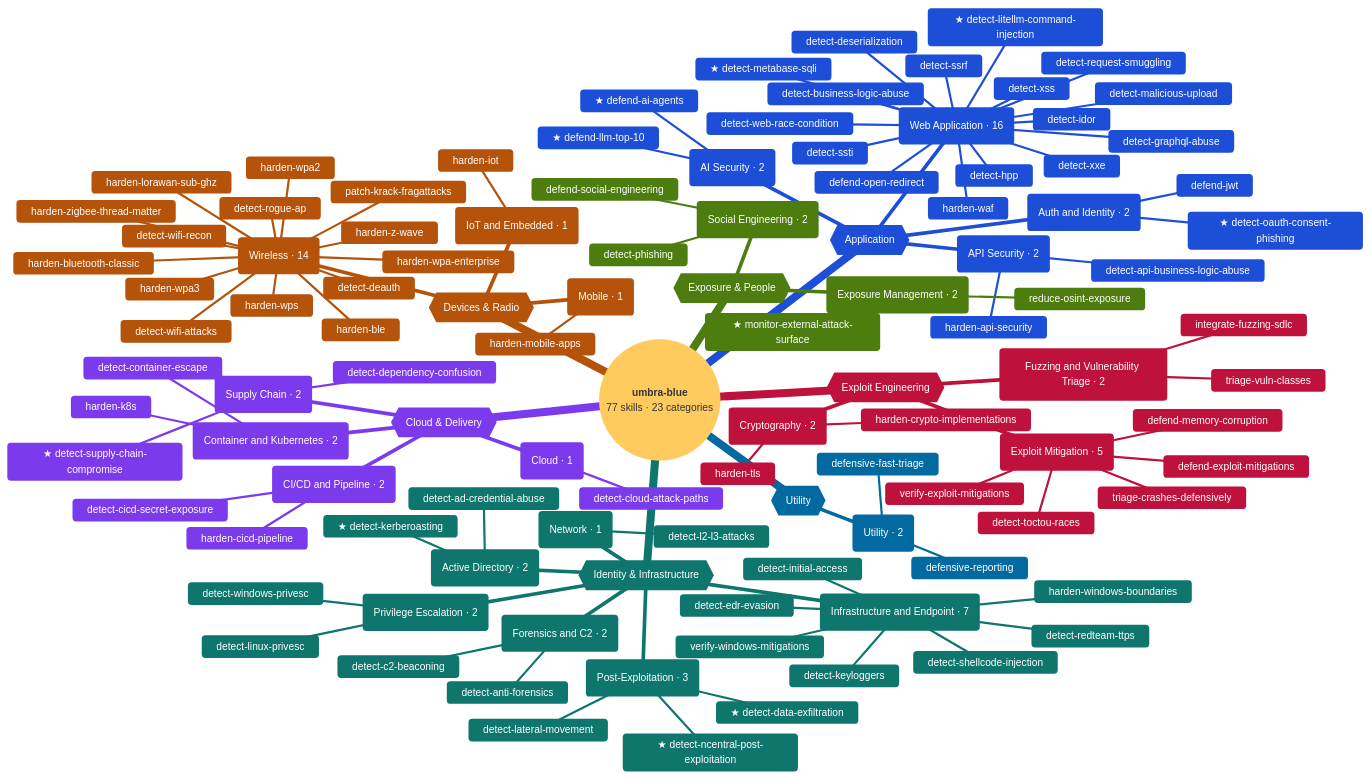
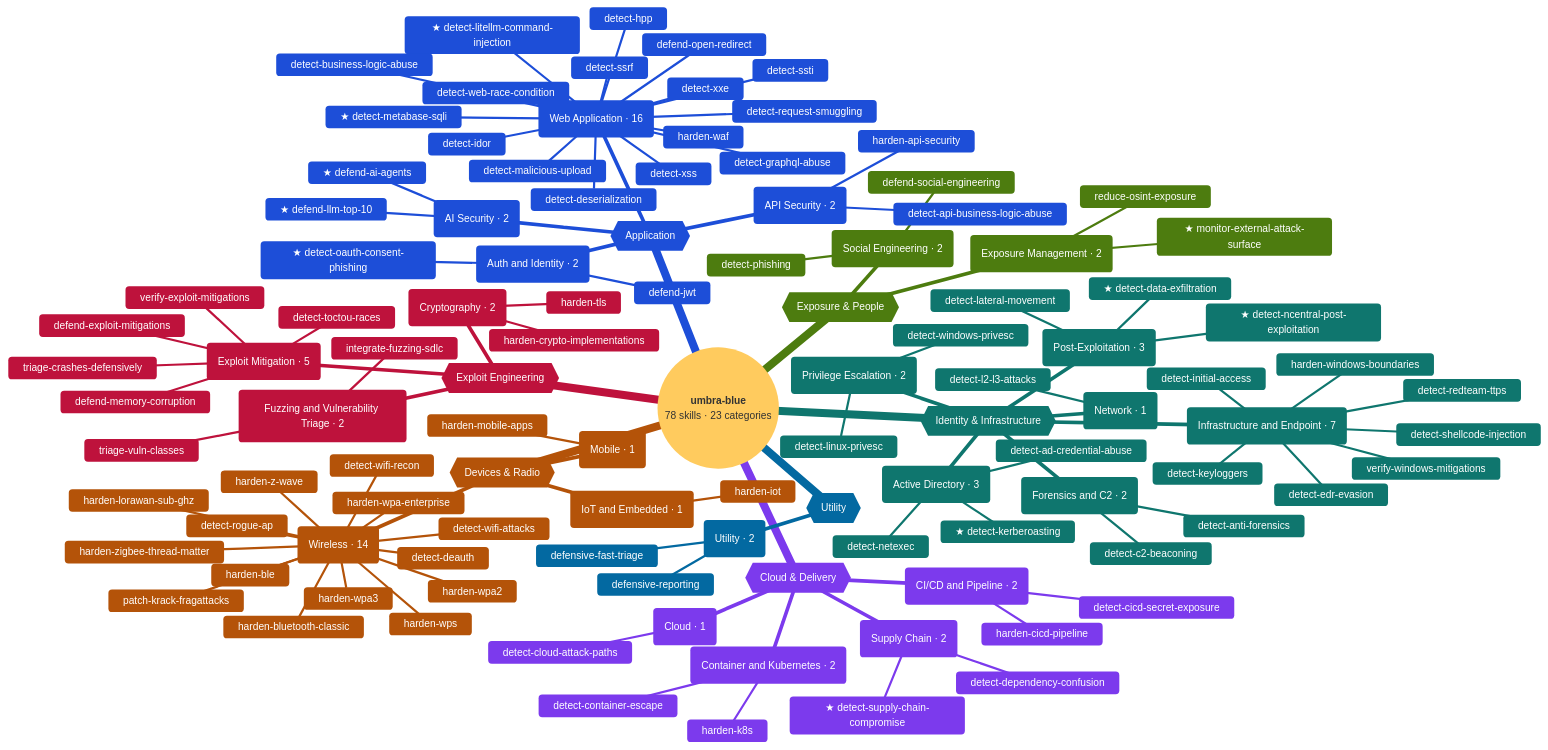
The diagram in MINDMAP.md (umbrasec-labs/umbra-blue), drawn with Mermaid before and after one commit. The commit also changed other lines of this file and 8 other files, not shown here.

First line of the commit message:
Add detect-netexec, the last claude-red gap (#20)

```diff
--- a/MINDMAP.md
+++ b/MINDMAP.md
@@ -26,7 +26,7 @@
   "cScale7": "#0369a1", "cScaleLabel7": "#ffffff"
 }}}%%
 mindmap
-  root((**umbra-blue**<br/>77 skills · 23 categories))
+  root((**umbra-blue**<br/>78 skills · 23 categories))
     {{Application}}
       (Web Application · 16)
         ★ detect-litellm-command-injection
@@ -55,9 +55,10 @@
         ★ defend-ai-agents
         ★ defend-llm-top-10
     {{Identity & Infrastructure}}
-      (Active Directory · 2)
+      (Active Directory · 3)
         ★ detect-kerberoasting
         detect-ad-credential-abuse
+        detect-netexec
       (Infrastructure and Endpoint · 7)
         detect-edr-evasion
         detect-initial-access
```
